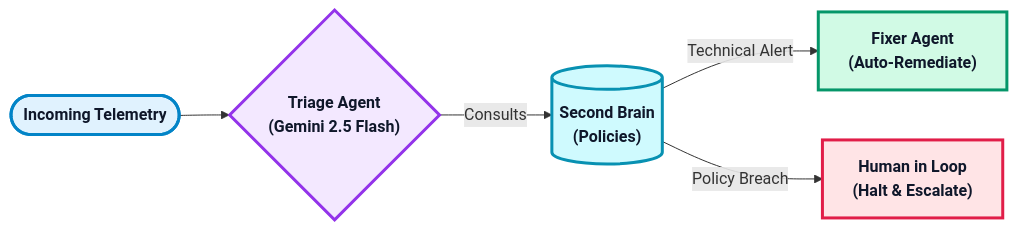
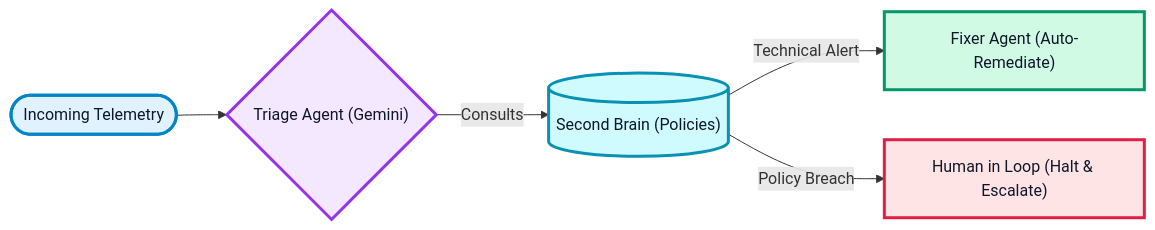
The diagram in README.md (fastute/sre-swarm), drawn with Mermaid before and after one commit.

Commit message:
Fix README mermaid diagram rendering

````diff
--- a/README.md
+++ b/README.md
@@ -25,16 +25,19 @@
 ```mermaid
 flowchart LR
-    classDef start fill:#e0f2fe,stroke:#0284c7,stroke-width:3px,color:#0f172a,font-weight:bold;
-    classDef ai fill:#f3e8ff,stroke:#9333ea,stroke-width:3px,color:#0f172a,font-weight:bold;
-    classDef kb fill:#cffafe,stroke:#0891b2,stroke-width:3px,color:#0f172a,font-weight:bold;
-    classDef heal fill:#d1fae5,stroke:#059669,stroke-width:3px,color:#0f172a,font-weight:bold;
-    classDef human fill:#ffe4e6,stroke:#e11d48,stroke-width:3px,color:#0f172a,font-weight:bold;
-    classDef note fill:#fffbeb,stroke:#f59e0b,stroke-width:2px,color:#92400e,stroke-dasharray: 5 5,font-weight:bold;
+    Start(["Incoming Telemetry"]) --> TR{"Triage Agent (Gemini)"}
+    TR -->|"Consults"| KB[("Second Brain (Policies)")]
+    KB -->|"Technical Alert"| FX["Fixer Agent (Auto-Remediate)"]
+    KB -->|"Policy Breach"| HIL["Human in Loop (Halt & Escalate)"]
+    
+    classDef start fill:#e0f2fe,stroke:#0284c7,stroke-width:3px,color:#0f172a;
+    classDef ai fill:#f3e8ff,stroke:#9333ea,stroke-width:3px,color:#0f172a;
+    classDef kb fill:#cffafe,stroke:#0891b2,stroke-width:3px,color:#0f172a;
+    classDef heal fill:#d1fae5,stroke:#059669,stroke-width:3px,color:#0f172a;
+    classDef human fill:#ffe4e6,stroke:#e11d48,stroke-width:3px,color:#0f172a;
 
-    Start(["Incoming Telemetry"]):::start --> TR{"Triage Agent<br>(Gemini 2.5 Flash)"}:::ai
-    
-    TR -->|"Consults"| KB[("Second Brain<br>(Policies)")]:::kb
-    
-    KB -->|"Technical Alert"| FX["Fixer Agent<br>(Auto-Remediate)"]:::heal
-    KB -->|"Policy Breach"| HIL["Human in Loop<br>(Halt & Escalate)"]:::human
+    class Start start;
+    class TR ai;
+    class KB kb;
+    class FX heal;
+    class HIL human;
 ```
````
